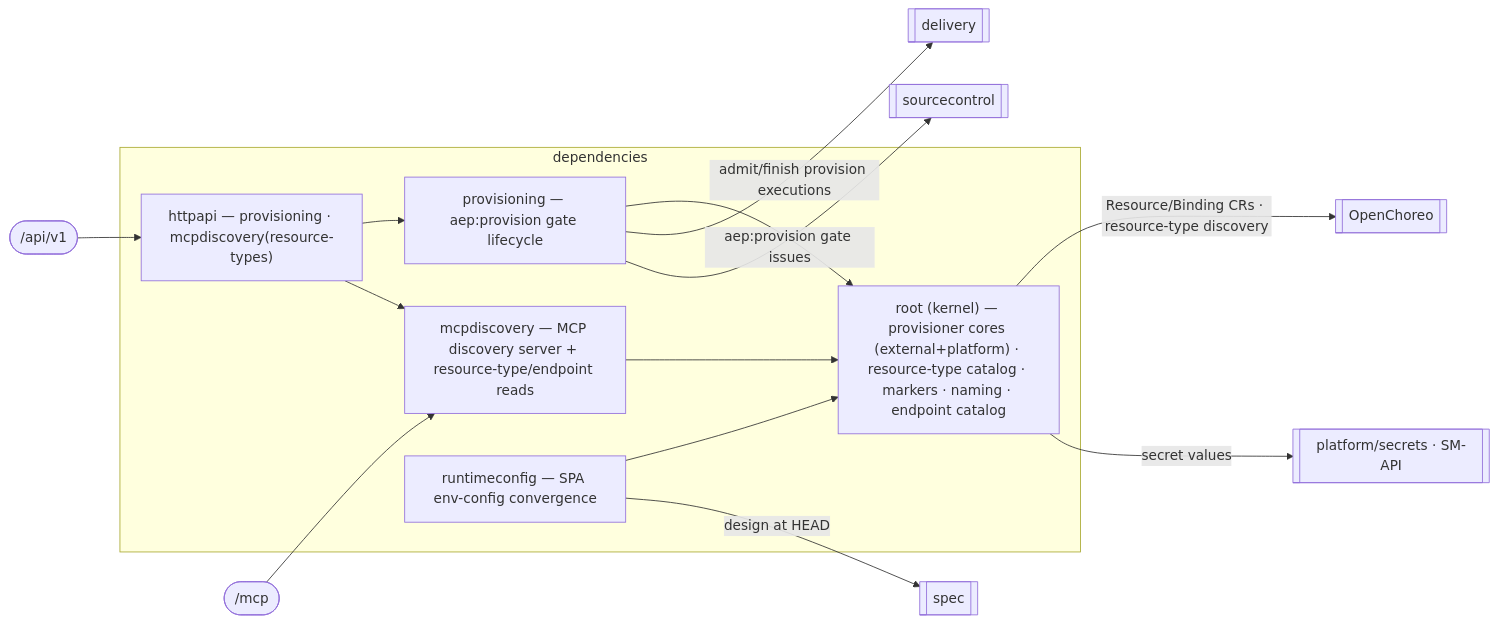
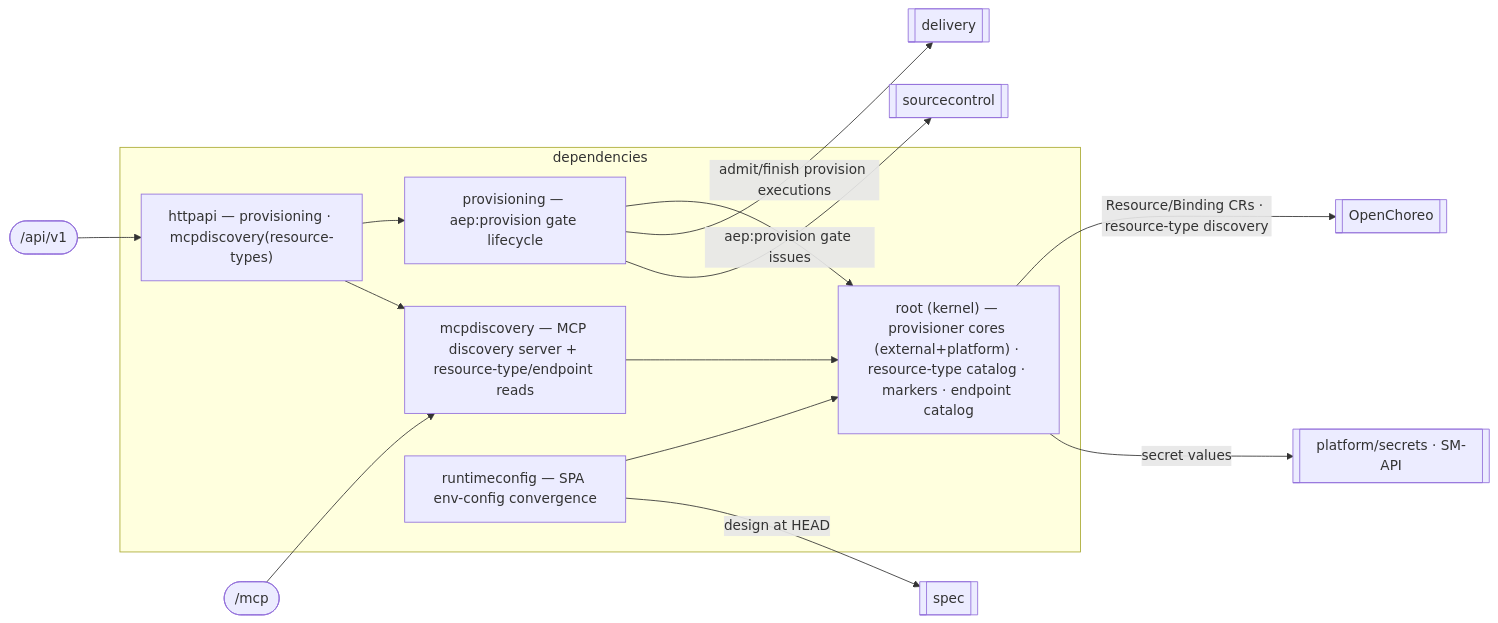
The diagram in services/aep-api/internal/dependencies/README.md (KCSAbeywickrama/labs-agentic-engineer), drawn with Mermaid before and after one commit. The commit also changed other lines of this file and 3 other files, not shown here.

````diff
--- a/services/aep-api/internal/dependencies/README.md
+++ b/services/aep-api/internal/dependencies/README.md
@@ -12,22 +12,22 @@
 ```mermaid
 flowchart LR
   API(["/api/v1"]) --> HTTP
   MCP(["/mcp"]) --> DISC
   subgraph dependencies
     HTTP["httpapi — provisioning · mcpdiscovery(resource-types)"]
-    ROOT["root (kernel) — provisioner cores (external+platform) · resource-type catalog · markers · naming · endpoint catalog"]
+    ROOT["root (kernel) — provisioner cores (external+platform) · resource-type catalog · markers · endpoint catalog"]
     PROV["provisioning — aep:provision gate lifecycle"]
     RC["runtimeconfig — SPA env-config convergence"]
     DISC["mcpdiscovery — MCP discovery server + resource-type/endpoint reads"]
     HTTP --> PROV
     HTTP --> DISC
     PROV --> ROOT
     RC --> ROOT
     DISC --> ROOT
   end
   ROOT -->|Resource/Binding CRs · resource-type discovery| OC[[OpenChoreo]]
   ROOT -->|secret values| SM[[platform/secrets · SM-API]]
   PROV -->|admit/finish provision executions| DEL[[delivery]]
   PROV -->|aep:provision gate issues| SC[[sourcecontrol]]
   RC -->|design at HEAD| SPEC[[spec]]
 ```
````
